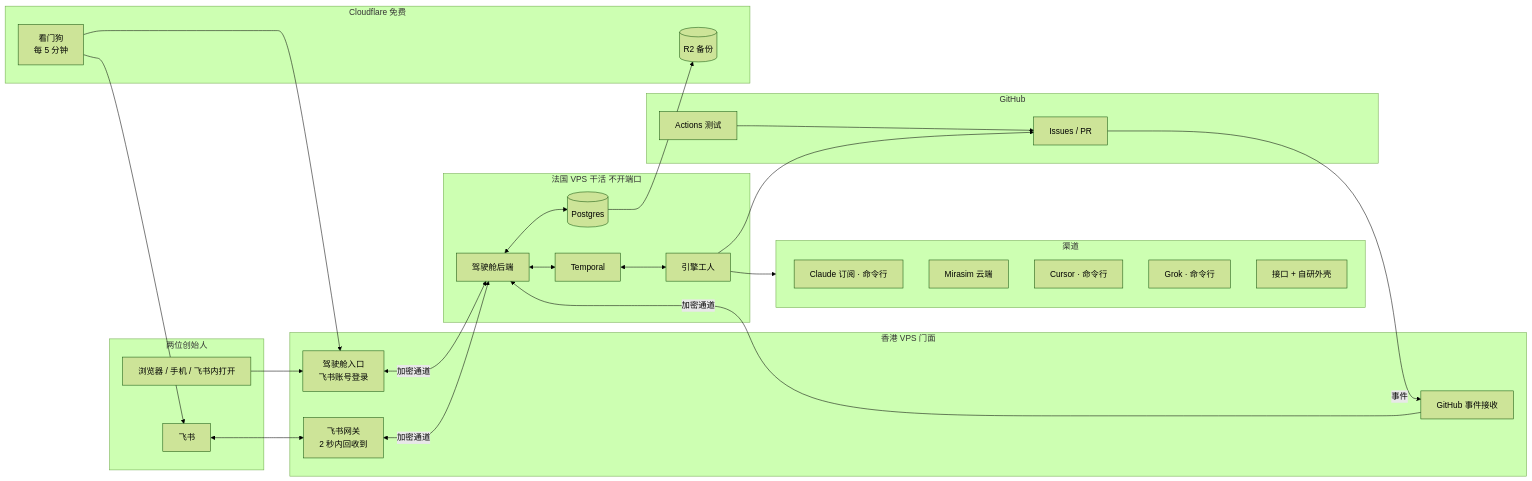
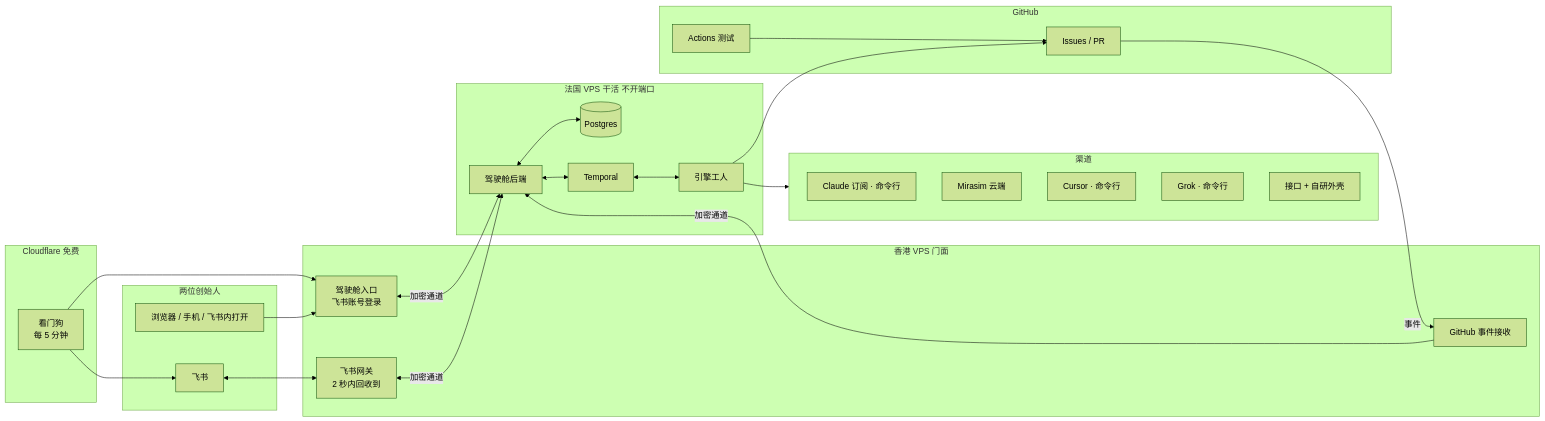
One commit to thoerwink8/fleet-dao changed the first of 2 diagrams in docs/design.md. Above: the diagram before and after it, drawn with Mermaid (forest theme). The commit also changed other lines of this file and 8 other files, not shown here.

````diff
--- a/docs/design.md
+++ b/docs/design.md
@@ -68,48 +68,46 @@
 ```mermaid
 flowchart LR
   subgraph People[两位创始人]
     B[浏览器 / 手机 / 飞书内打开]
     F[飞书]
   end
   subgraph HK[香港 VPS 门面]
     W[驾驶舱入口<br/>飞书账号登录]
     FG[飞书网关<br/>2 秒内回收到]
     H[GitHub 事件接收]
   end
   subgraph FR[法国 VPS 干活 不开端口]
     API[驾驶舱后端]
     T[Temporal]
     PG[(Postgres)]
     E[引擎工人]
   end
   subgraph GH[GitHub]
     I[Issues / PR]
     A[Actions 测试]
   end
   subgraph CF[Cloudflare 免费]
     WD[看门狗<br/>每 5 分钟]
-    R2[(R2 备份)]
   end
   subgraph CH[渠道]
     C1[Claude 订阅 · 命令行]
     C2[Mirasim 云端]
     C3[Cursor · 命令行]
     C4[Grok · 命令行]
     C5[接口 + 自研外壳]
   end
   B --> W
   F <--> FG
   I -- 事件 --> H
   W <-- 加密通道 --> API
   FG <-- 加密通道 --> API
   H -- 加密通道 --> API
   API <--> PG
   API <--> T
   T <--> E
   E --> CH
   E --> I
   A --> I
   WD --> W
   WD --> F
-  PG --> R2
 ```
````
